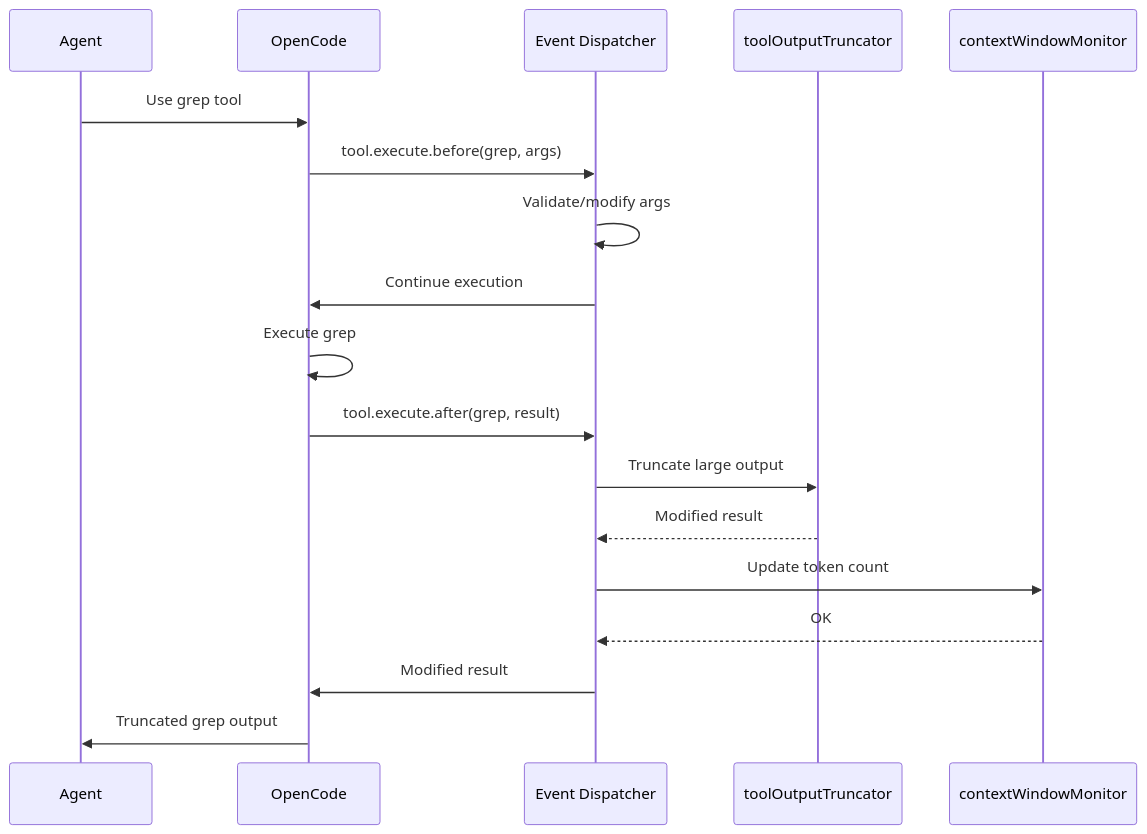
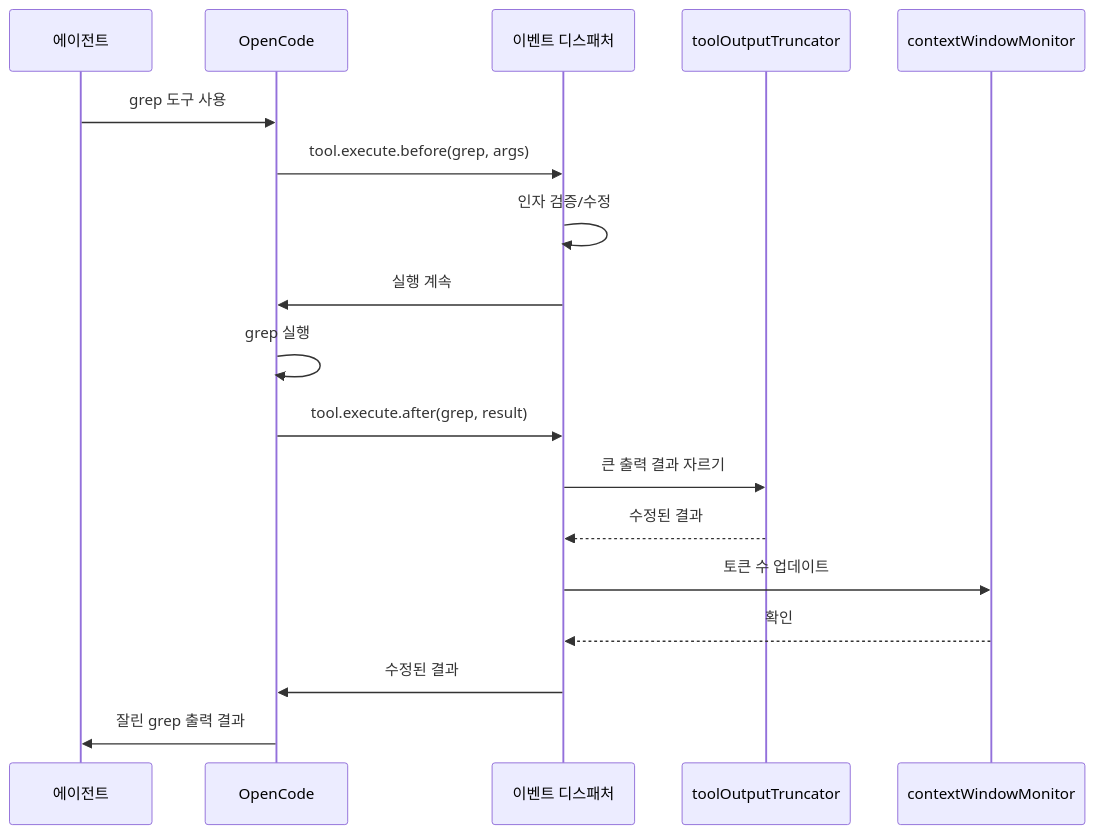
Before and after one commit to felipetruman/oh-my-opencode-docs: the eighth of 11 diagrams in docs/architecture/event-handling.md, drawn with Mermaid. The commit also changed other lines of this file and 76 other files, not shown here.

````diff
--- a/docs/architecture/event-handling.md
+++ b/docs/architecture/event-handling.md
@@ -572,21 +558,21 @@
 ```mermaid
 sequenceDiagram
-  participant p1 as Agent
+  participant p1 as 에이전트
   participant p2 as OpenCode
-  participant p3 as Event Dispatcher
+  participant p3 as 이벤트 디스패처
   participant p4 as toolOutputTruncator
   participant p5 as contextWindowMonitor
 
-  p1->>p2: Use grep tool
+  p1->>p2: grep 도구 사용
   p2->>p3: tool.execute.before(grep, args)
-  p3->>p3: Validate/modify args
-  p3->>p2: Continue execution
-  p2->>p2: Execute grep
+  p3->>p3: 인자 검증/수정
+  p3->>p2: 실행 계속
+  p2->>p2: grep 실행
   p2->>p3: tool.execute.after(grep, result)
-  p3->>p4: Truncate large output
-  p4-->>p3: Modified result
-  p3->>p5: Update token count
-  p5-->>p3: OK
-  p3->>p2: Modified result
-  p2->>p1: Truncated grep output
+  p3->>p4: 큰 출력 결과 자르기
+  p4-->>p3: 수정된 결과
+  p3->>p5: 토큰 수 업데이트
+  p5-->>p3: 확인
+  p3->>p2: 수정된 결과
+  p2->>p1: 잘린 grep 출력 결과
 ```
````
